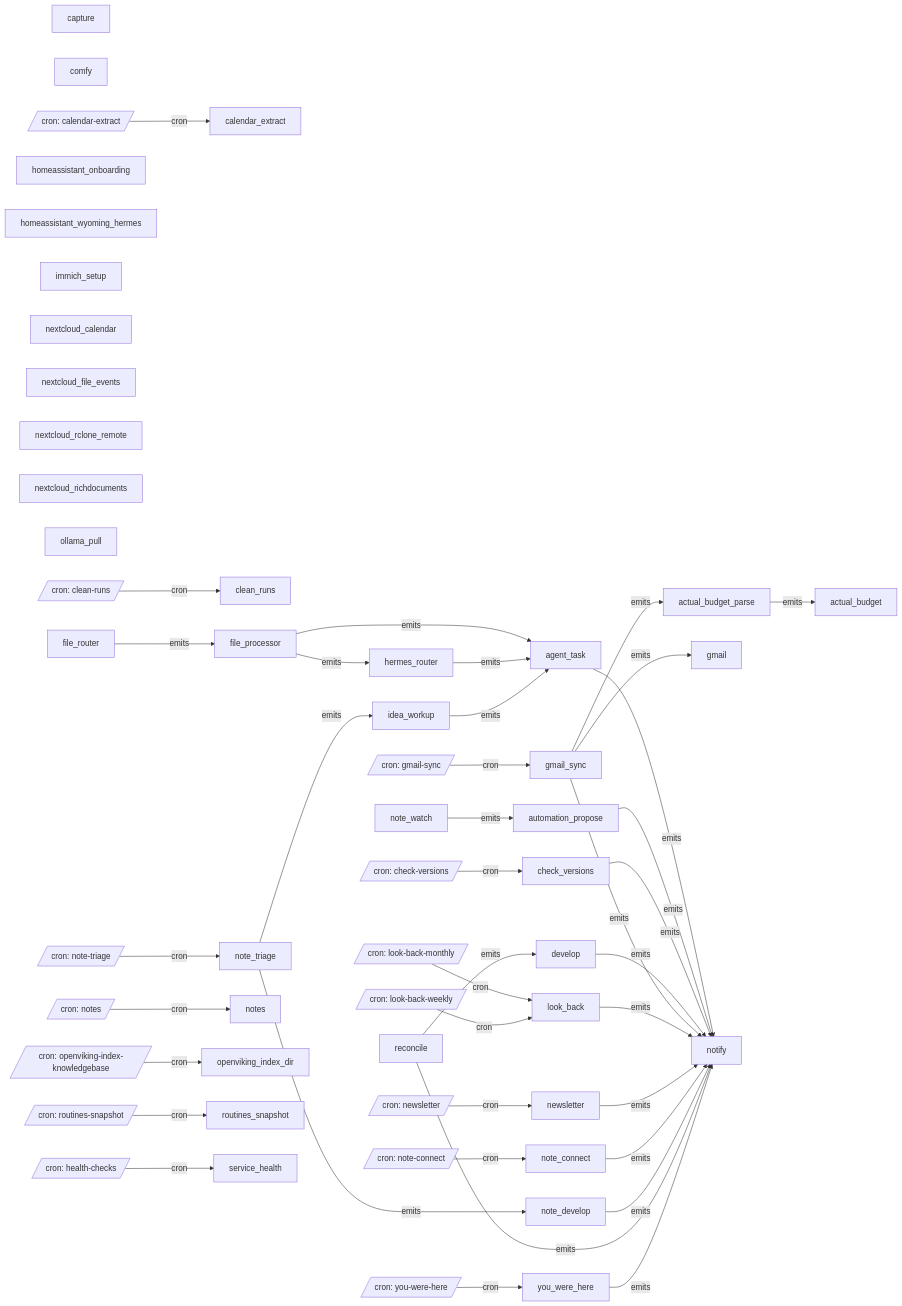
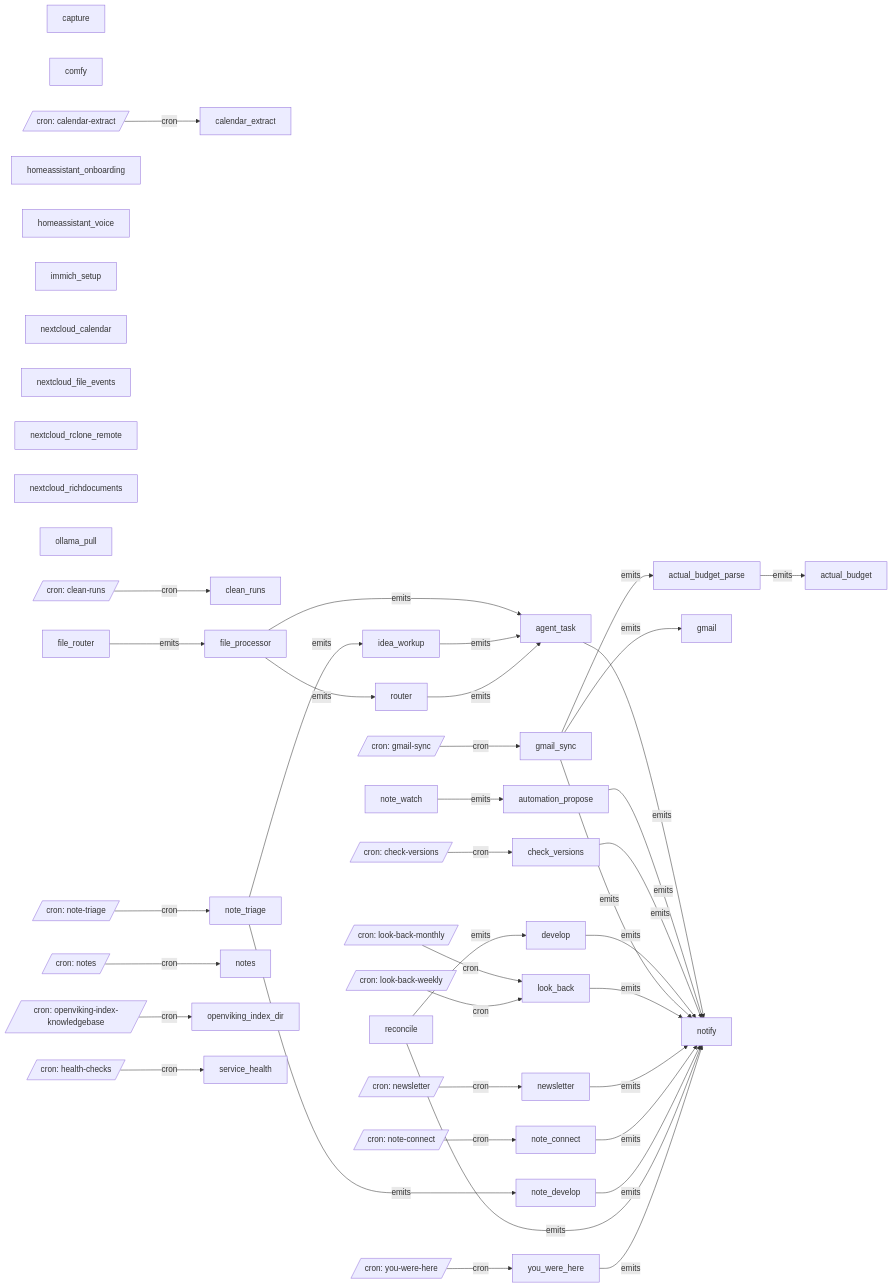
One commit to jtmckay/existential changed the diagram in automation/graph/system.md. Above: the diagram before and after it, drawn with Mermaid. The commit also changed other lines of this file and 169 other files, not shown here.

First line of the commit message:
Retire hermes and honcho; pi is the local-model agent

````diff
--- a/automation/graph/system.md
+++ b/automation/graph/system.md
@@ -56,9 +55,8 @@
     file_router["file_router"]
     gmail["gmail"]
     gmail_sync["gmail_sync"]
-    hermes_router["hermes_router"]
     homeassistant_onboarding["homeassistant_onboarding"]
-    homeassistant_wyoming_hermes["homeassistant_wyoming_hermes"]
+    homeassistant_voice["homeassistant_voice"]
     idea_workup["idea_workup"]
     immich_setup["immich_setup"]
     look_back["look_back"]
@@ -76,7 +74,7 @@
     ollama_pull["ollama_pull"]
     openviking_index_dir["openviking_index_dir"]
     reconcile["reconcile"]
-    routines_snapshot["routines_snapshot"]
+    router["router"]
     service_health["service_health"]
     you_were_here["you_were_here"]
     cron__calendar_extract[/"cron: calendar-extract"/]
@@ -91,7 +89,6 @@
     cron__note_triage[/"cron: note-triage"/]
     cron__notes[/"cron: notes"/]
     cron__openviking_index_knowledgebase[/"cron: openviking-index-knowledgebase"/]
-    cron__routines_snapshot[/"cron: routines-snapshot"/]
     cron__you_were_here[/"cron: you-were-here"/]
     cron__calendar_extract -->|cron| calendar_extract
     cron__check_versions -->|cron| check_versions
@@ -105,7 +102,6 @@
     cron__note_triage -->|cron| note_triage
     cron__notes -->|cron| notes
     cron__openviking_index_knowledgebase -->|cron| openviking_index_dir
-    cron__routines_snapshot -->|cron| routines_snapshot
     cron__you_were_here -->|cron| you_were_here
     actual_budget_parse -->|emits| actual_budget
     agent_task -->|emits| notify
@@ -113,12 +109,11 @@
     check_versions -->|emits| notify
     develop -->|emits| notify
     file_processor -->|emits| agent_task
-    file_processor -->|emits| hermes_router
+    file_processor -->|emits| router
     file_router -->|emits| file_processor
     gmail_sync -->|emits| actual_budget_parse
     gmail_sync -->|emits| gmail
     gmail_sync -->|emits| notify
-    hermes_router -->|emits| agent_task
     idea_workup -->|emits| agent_task
     look_back -->|emits| notify
     newsletter -->|emits| notify
@@ -129,5 +124,6 @@
     note_watch -->|emits| automation_propose
     reconcile -->|emits| develop
     reconcile -->|emits| notify
+    router -->|emits| agent_task
     you_were_here -->|emits| notify
 ```
````
